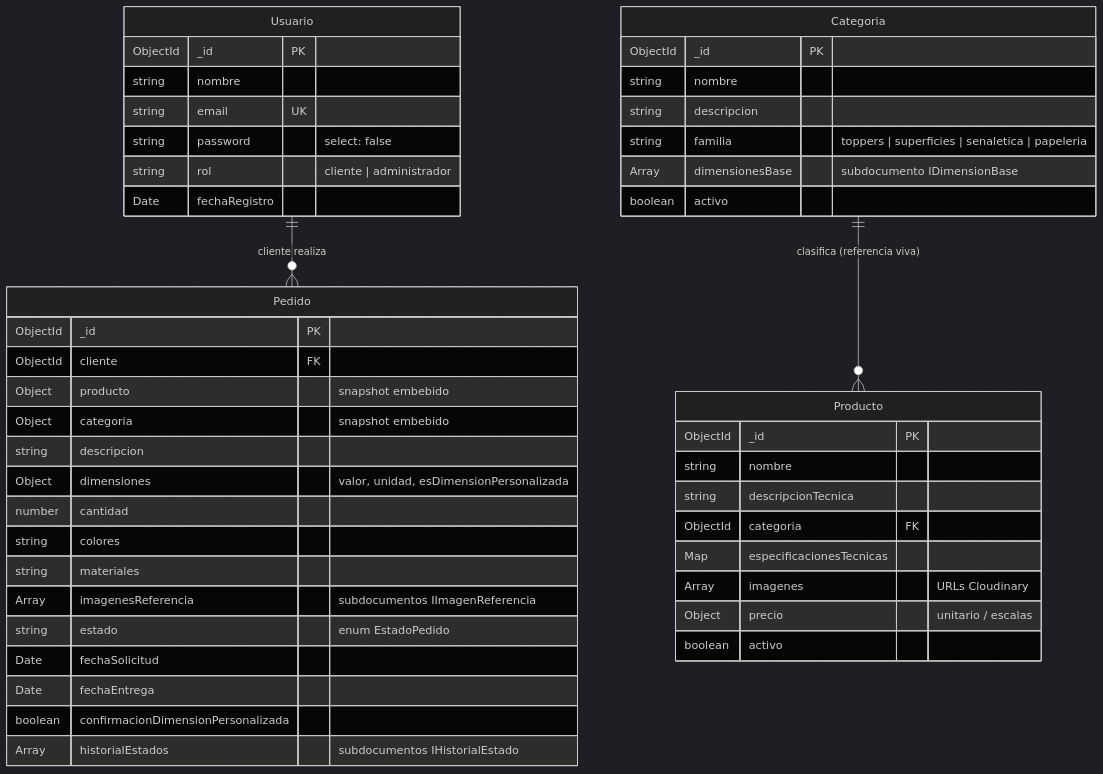
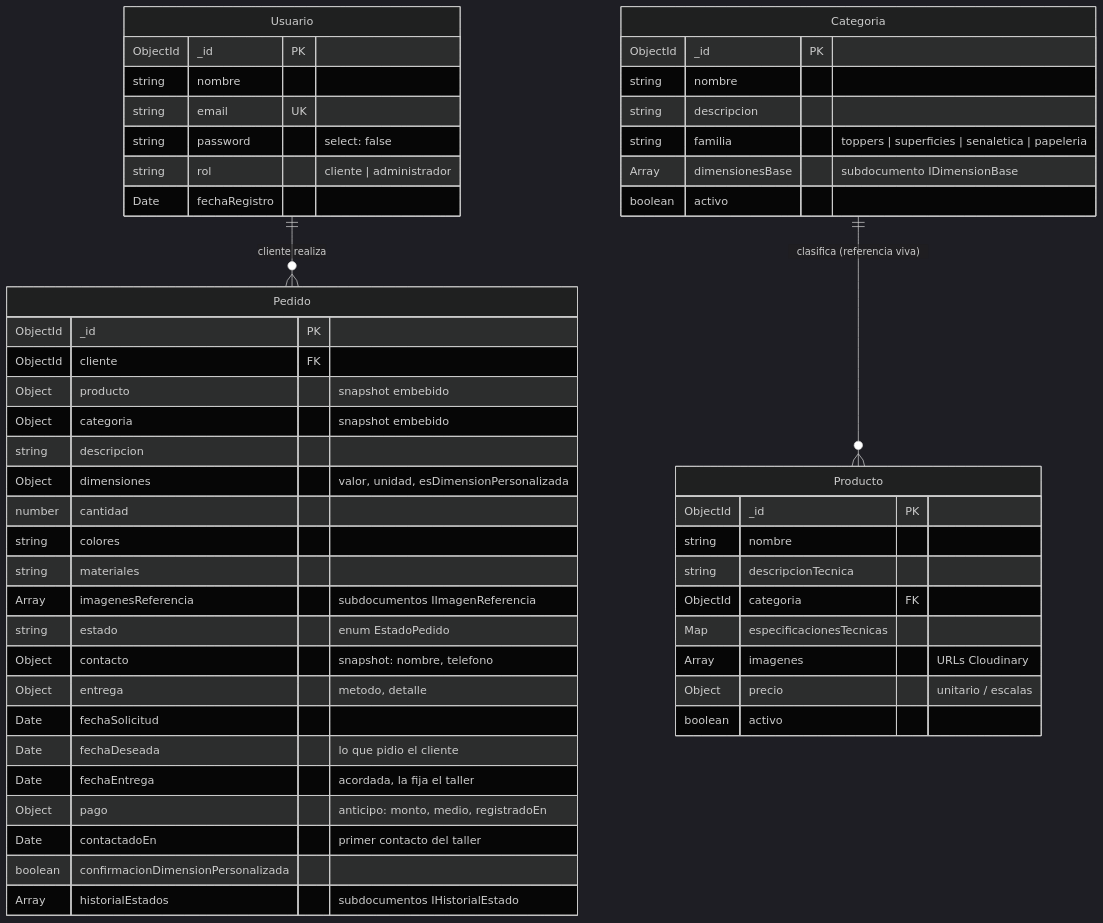
Before and after one commit to trbureiyan/taju.platform: the second of 2 diagrams in ARCHITECTURE.md, drawn with Mermaid (dark theme). The commit also changed other lines of this file and 106 other files, not shown here.

First line of the commit message:
chore: sync dev to main (solicitud de pedido, formulario en cuatro momentos y horario del taller) (#95)

````diff
--- a/ARCHITECTURE.md
+++ b/ARCHITECTURE.md
@@ -165,52 +167,57 @@
 ```mermaid
 erDiagram
     Usuario ||--o{ Pedido : "cliente realiza"
     Categoria ||--o{ Producto : "clasifica (referencia viva)"
     
     Usuario {
         ObjectId _id PK
         string nombre
         string email UK
         string password "select: false"
         string rol "cliente | administrador"
         Date fechaRegistro
     }
 
     Categoria {
         ObjectId _id PK
         string nombre
         string descripcion
         string familia "toppers | superficies | senaletica | papeleria"
         Array dimensionesBase "subdocumento IDimensionBase"
         boolean activo
     }
 
     Producto {
         ObjectId _id PK
         string nombre
         string descripcionTecnica
         ObjectId categoria FK
         Map especificacionesTecnicas
         Array imagenes "URLs Cloudinary"
         Object precio "unitario / escalas"
         boolean activo
     }
 
     Pedido {
         ObjectId _id PK
         ObjectId cliente FK
         Object producto "snapshot embebido"
         Object categoria "snapshot embebido"
         string descripcion
         Object dimensiones "valor, unidad, esDimensionPersonalizada"
         number cantidad
         string colores
         string materiales
         Array imagenesReferencia "subdocumentos IImagenReferencia"
         string estado "enum EstadoPedido"
+        Object contacto "snapshot: nombre, telefono"
+        Object entrega "metodo, detalle"
         Date fechaSolicitud
-        Date fechaEntrega
+        Date fechaDeseada "lo que pidio el cliente"
+        Date fechaEntrega "acordada, la fija el taller"
+        Object pago "anticipo: monto, medio, registradoEn"
+        Date contactadoEn "primer contacto del taller"
         boolean confirmacionDimensionPersonalizada
         Array historialEstados "subdocumentos IHistorialEstado"
     }
 ```
````
